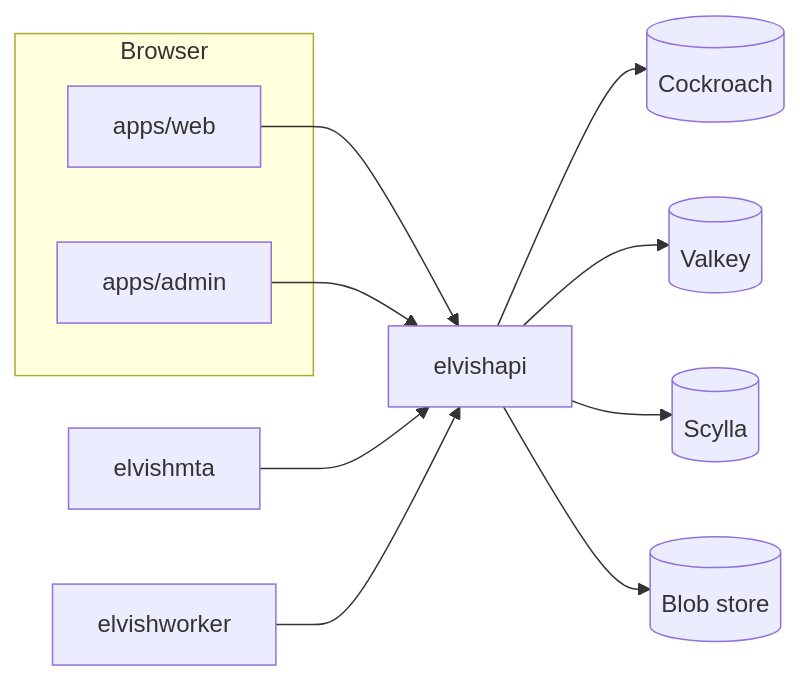
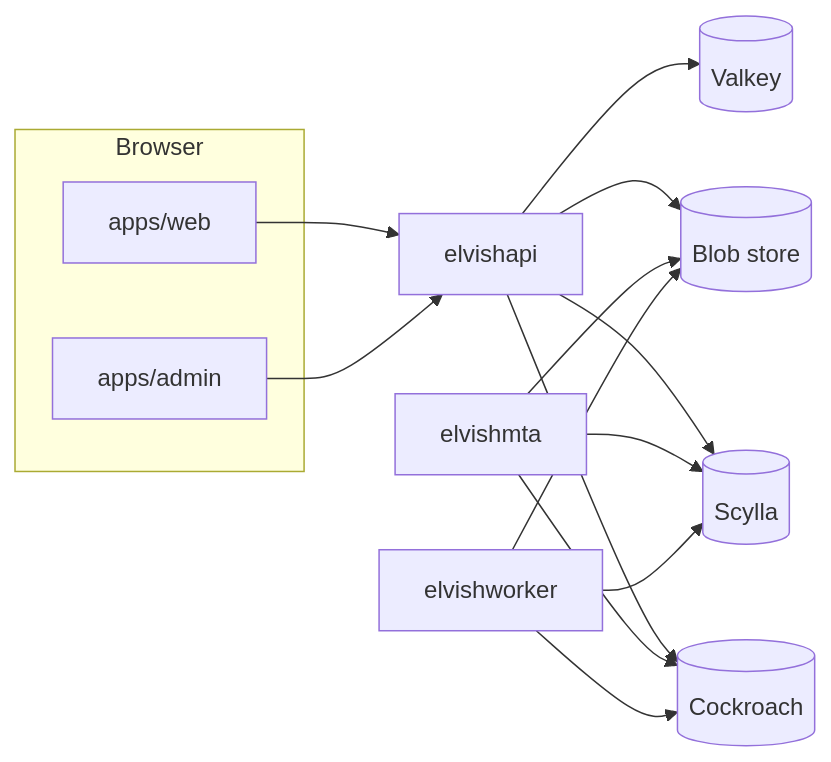
One commit to Thravok/elvish-email changed the diagram in docs/architecture.md. Above: the diagram before and after it, drawn with Mermaid. The commit also changed 7 other files, not shown here.

First line of the commit message:
Skip SSR templates on MTA/worker and drop dual-MTA compose profile.

````diff
--- a/docs/architecture.md
+++ b/docs/architecture.md
@@ -14,18 +14,22 @@
 ```mermaid
 flowchart LR
   subgraph browser [Browser]
     Web[apps/web]
     Admin[apps/admin]
   end
   API[elvishapi]
   MTA[elvishmta]
   Worker[elvishworker]
   Web --> API
   Admin --> API
   API --> CRDB[(Cockroach)]
   API --> Valkey[(Valkey)]
   API --> Scylla[(Scylla)]
   API --> S3[(Blob store)]
-  MTA --> API
-  Worker --> API
+  MTA --> CRDB
+  MTA --> Scylla
+  MTA --> S3
+  Worker --> CRDB
+  Worker --> Scylla
+  Worker --> S3
 ```
````
